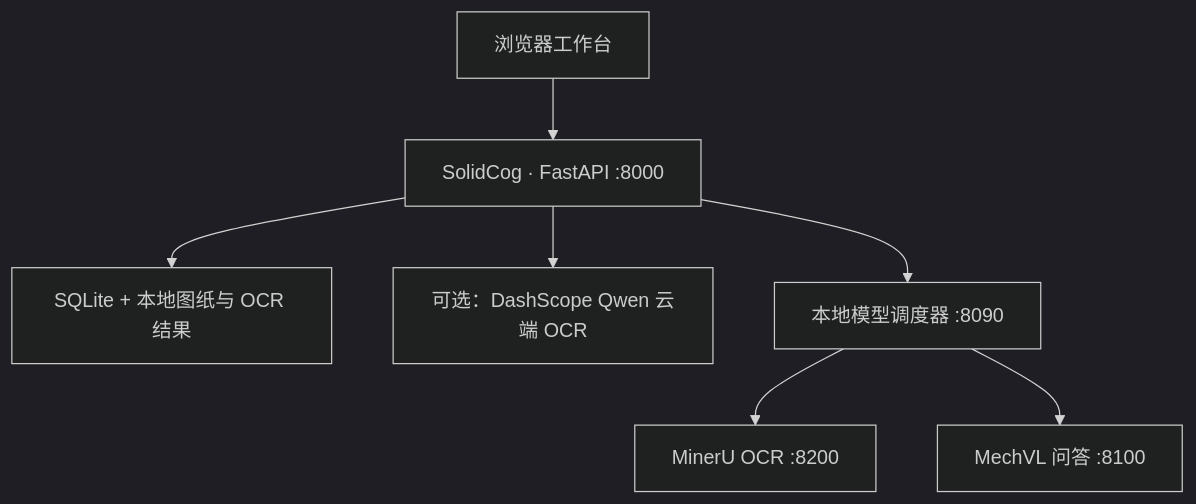
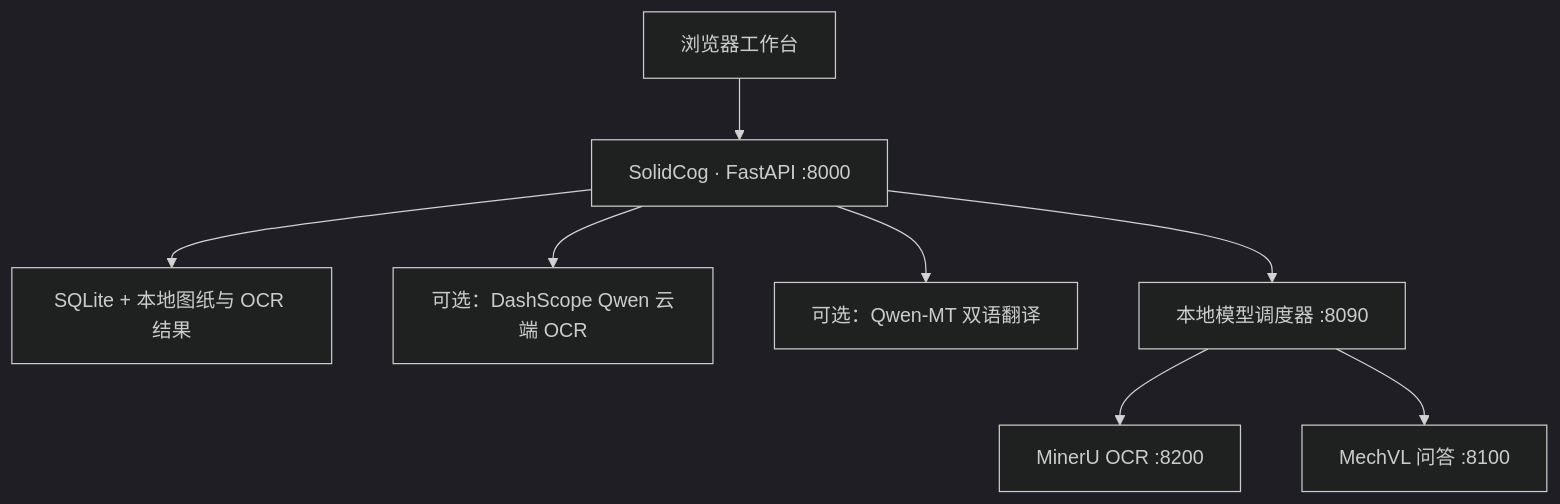
The diagram in README.md (liu-Daniel7/solidcog), drawn with Mermaid (dark theme) before and after one commit. The commit also changed other lines of this file and 3 other files, not shown here.

````diff
--- a/README.md
+++ b/README.md
@@ -100,9 +127,10 @@
 ```mermaid
 flowchart TD
     Browser["浏览器工作台"] --> App["SolidCog · FastAPI :8000"]
     App --> Data["SQLite + 本地图纸与 OCR 结果"]
     App --> Cloud["可选：DashScope Qwen 云端 OCR"]
+    App --> MT["可选：Qwen-MT 双语翻译"]
     App --> Scheduler["本地模型调度器 :8090"]
     Scheduler --> MinerU["MinerU OCR :8200"]
     Scheduler --> MechVL["MechVL 问答 :8100"]
 ```
````
